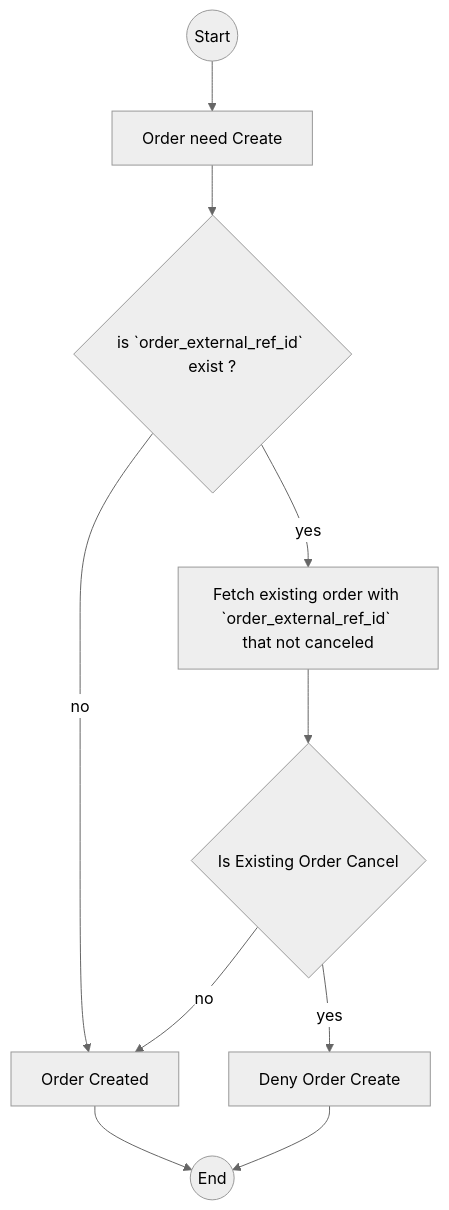
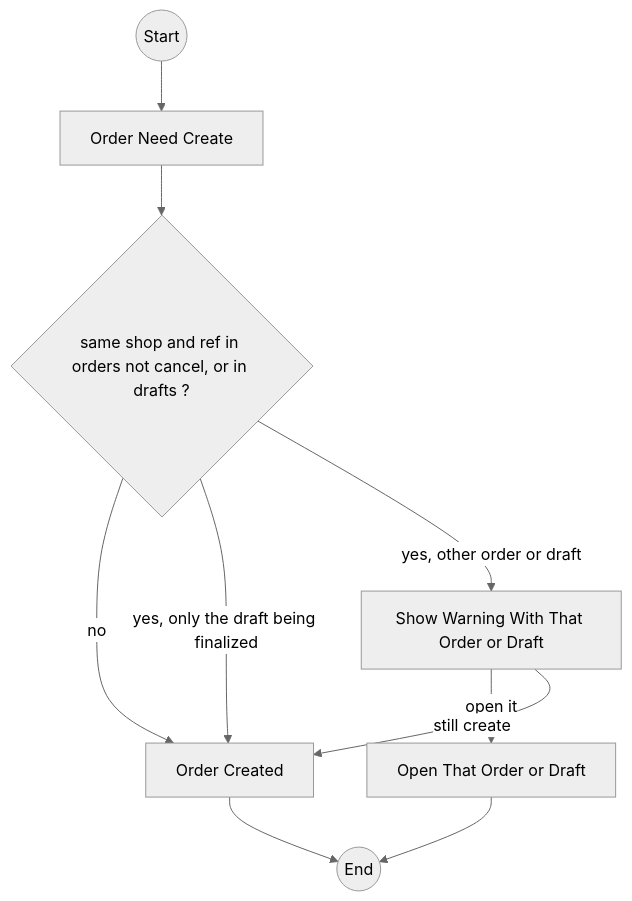
One commit to pdcgo/warehouse_revamp changed the third of 6 diagrams in docs/business/order/context.md. Above: the diagram before and after it, drawn with Mermaid (neutral theme). The commit also changed other lines of this file and 6 other files, not shown here.

First line of the commit message:
docs(order): order context closed — who moves each status, the redrawn status move and creation flow

````diff
--- a/docs/business/order/context.md
+++ b/docs/business/order/context.md
@@ -207,18 +219,15 @@
     ```mermaid
     flowchart TD
-    
     s(("Start"))
     e(("End"))
 
-    s-->ordcreate["Order need Create"]
-    ordcreate-->refcheck{"is `order_external_ref_id` exist ?"}
+    s-->ordcreate["Order Need Create"]
+    ordcreate-->refcheck{"same shop and ref in orders not cancel, or in drafts ?"}
     refcheck-->|no|created["Order Created"]
-    refcheck-->|yes|fetch["Fetch existing order with `order_external_ref_id` that not canceled"]
-
-    fetch-->iscancel{"Is Existing Order Cancel"}
-    iscancel-->|no|created
-    iscancel-->|yes|deny["Deny Order Create"]
-
-    deny-->e
+    refcheck-->|"yes, only the draft being finalized"|created
+    refcheck-->|"yes, other order or draft"|warn["Show Warning With That Order or Draft"]
+    warn-->|open it|open["Open That Order or Draft"]
+    warn-->|still create|created
+    open-->e
     created-->e
     ```
````
